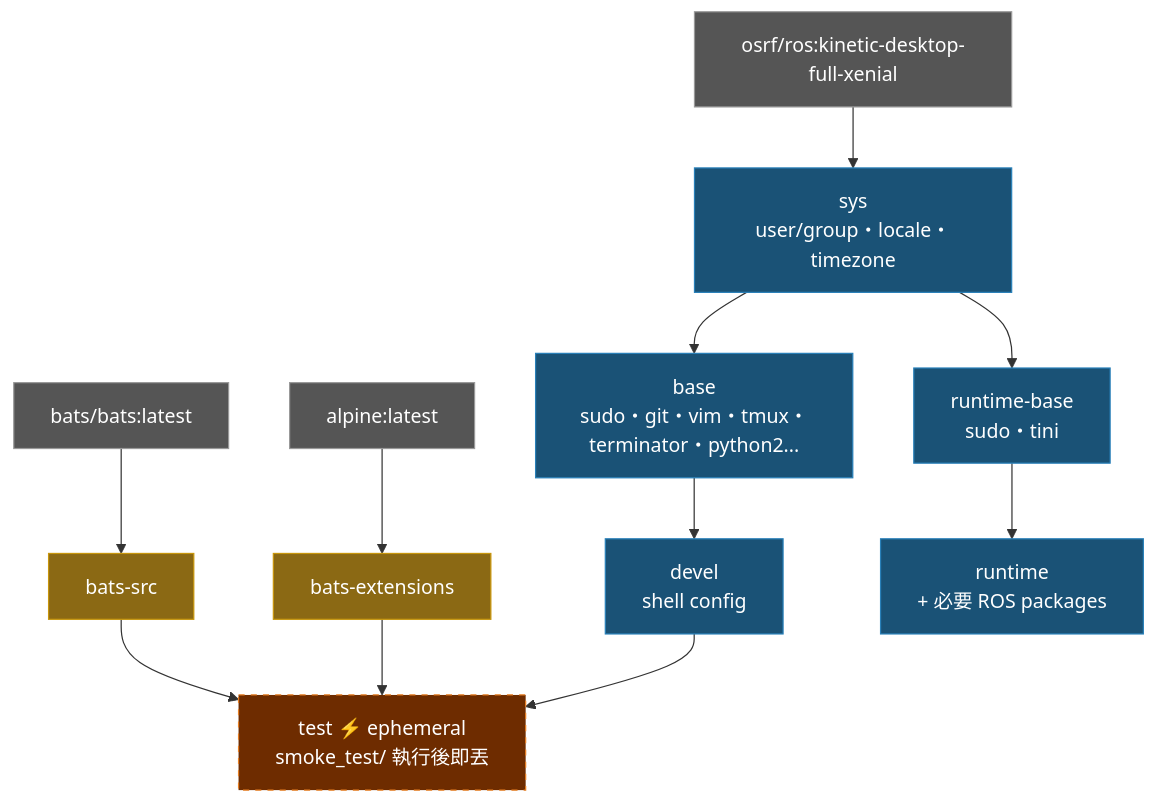
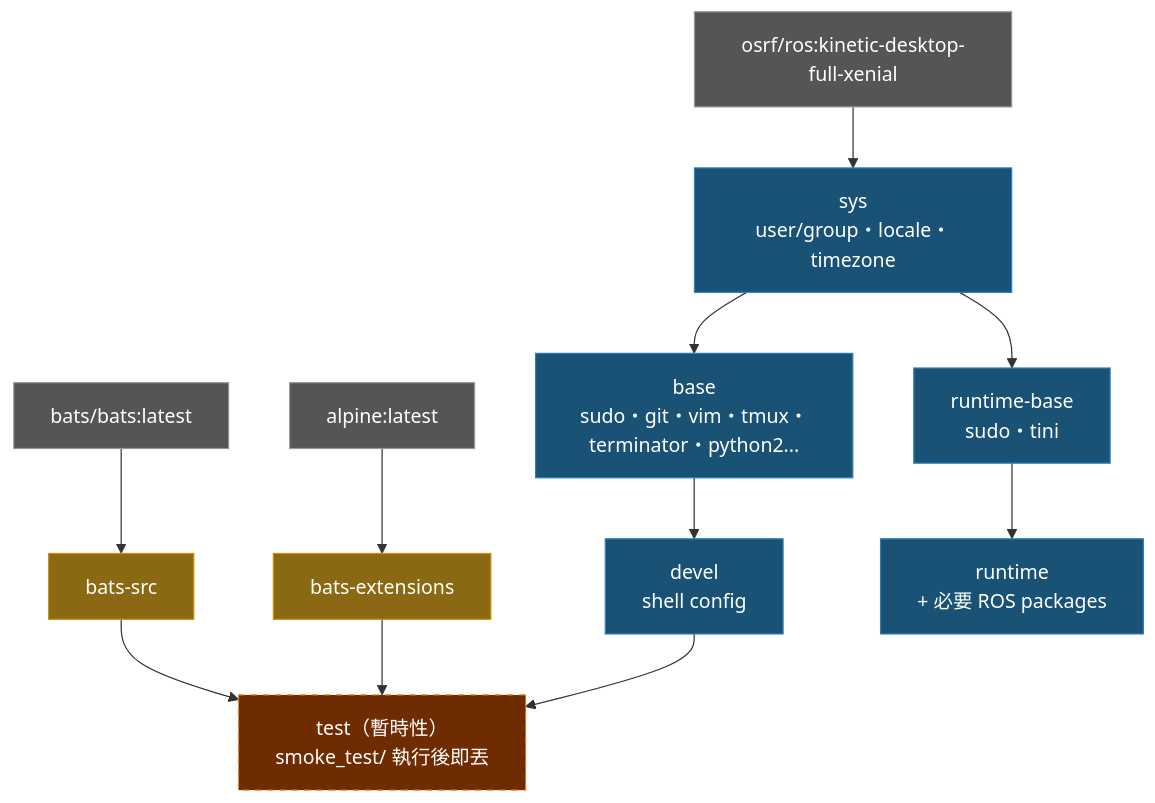
One commit to ycpss91255-docker/osrf_ros_kinetic changed the diagram in doc/README.zh-TW.md. Above: the diagram before and after it, drawn with Mermaid. The commit also changed 3 other files, not shown here.

Commit message:
docs: remove ⚡ emoji and translate ephemeral in architecture diagrams

````diff
--- a/doc/README.zh-TW.md
+++ b/doc/README.zh-TW.md
@@ -235,26 +235,26 @@
 ```mermaid
 graph TD
     EXT1["bats/bats:latest"]:::external
     EXT2["alpine:latest"]:::external
     EXT3["osrf/ros:kinetic-desktop-full-xenial"]:::external
 
     EXT1 --> bats-src["bats-src"]:::tool
     EXT2 --> bats-ext["bats-extensions"]:::tool
 
     EXT3 --> sys["sys\nuser/group・locale・timezone"]:::stage
 
     sys --> base["base\nsudo・git・vim・tmux・terminator・python2..."]:::stage
     base --> devel["devel\nshell config"]:::stage
 
-    bats-src --> test["test  ⚡ ephemeral\nsmoke_test/ 執行後即丟"]:::ephemeral
+    bats-src --> test["test（暫時性）\nsmoke_test/ 執行後即丟"]:::ephemeral
     bats-ext --> test
     devel --> test
 
     sys --> runtime-base["runtime-base\nsudo・tini"]:::stage
     runtime-base --> runtime["runtime\n+ 必要 ROS packages"]:::stage
 
     classDef external fill:#555,color:#fff,stroke:#999
     classDef tool fill:#8B6914,color:#fff,stroke:#c8960c
     classDef stage fill:#1a5276,color:#fff,stroke:#2980b9
     classDef ephemeral fill:#6e2c00,color:#fff,stroke:#e67e22,stroke-dasharray:5 5
 ```
````
